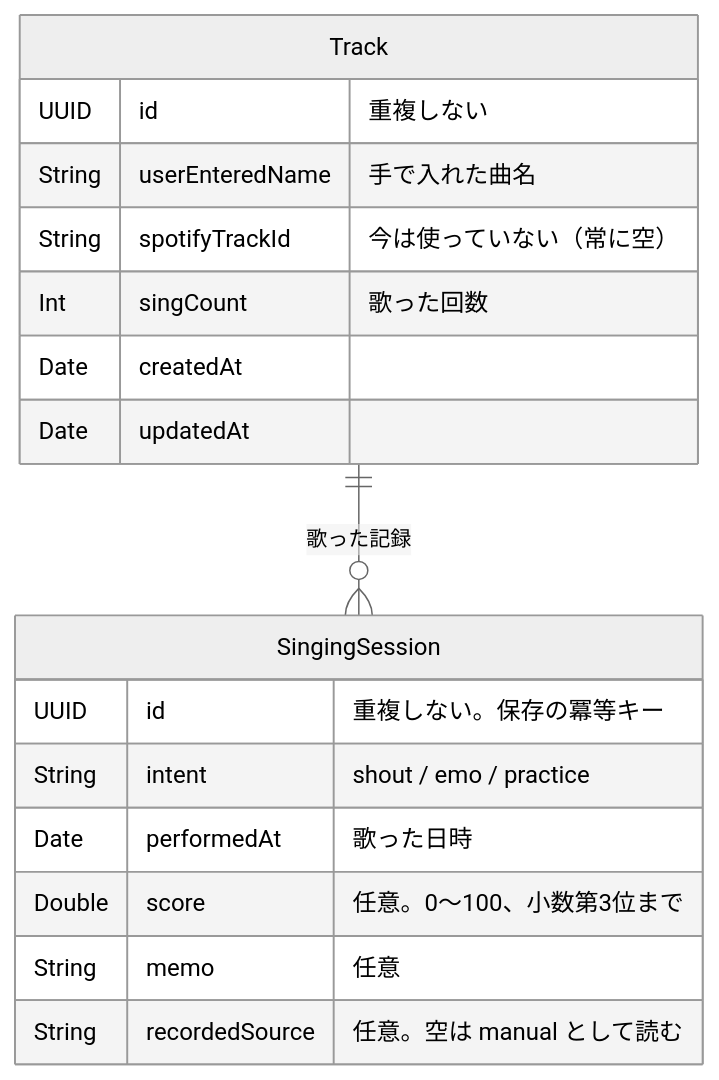
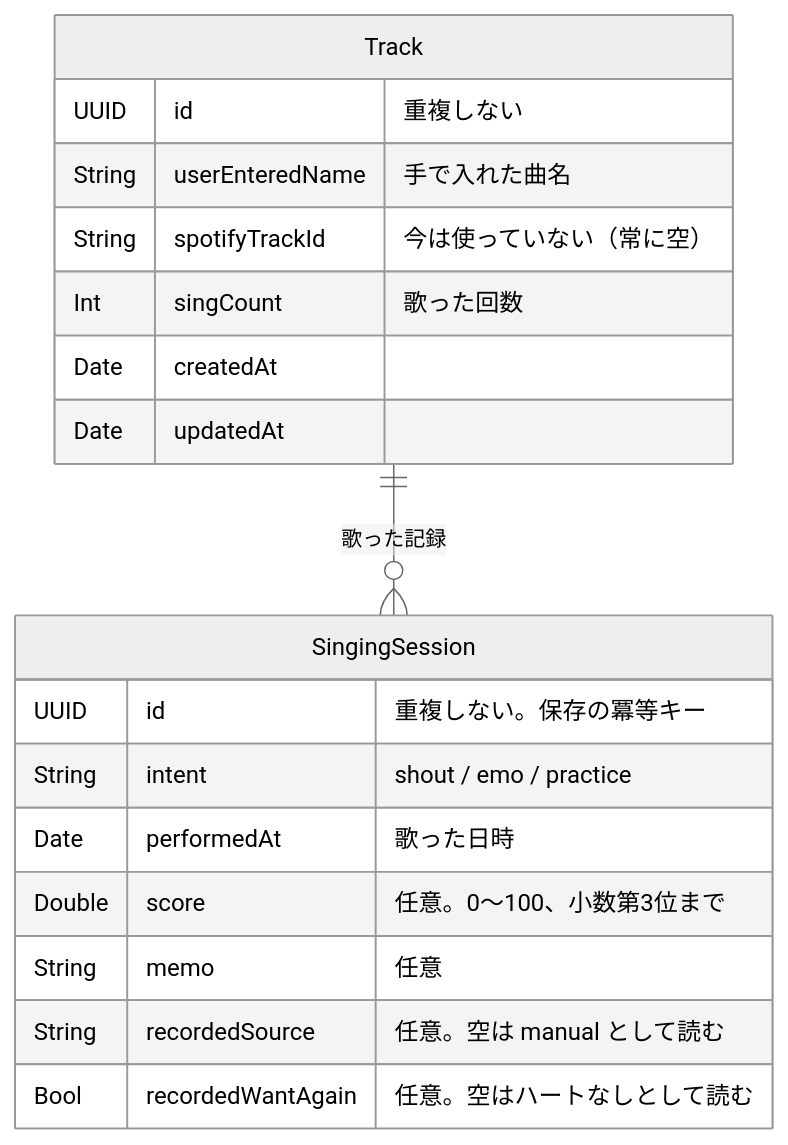
Before and after one commit to omomi-moti/Karaoke_support: the third of 4 diagrams in docs/architecture.md, drawn with Mermaid (neutral theme). The commit also changed other lines of this file and 25 other files, not shown here.

````diff
--- a/docs/architecture.md
+++ b/docs/architecture.md
@@ -146,20 +146,21 @@
 ```mermaid
 erDiagram
     Track ||--o{ SingingSession : "歌った記録"
     Track {
         UUID id "重複しない"
         String userEnteredName "手で入れた曲名"
         String spotifyTrackId "今は使っていない（常に空）"
         Int singCount "歌った回数"
         Date createdAt
         Date updatedAt
     }
     SingingSession {
         UUID id "重複しない。保存の冪等キー"
         String intent "shout / emo / practice"
         Date performedAt "歌った日時"
         Double score "任意。0〜100、小数第3位まで"
         String memo "任意"
         String recordedSource "任意。空は manual として読む"
+        Bool recordedWantAgain "任意。空はハートなしとして読む"
     }
 ```
````
